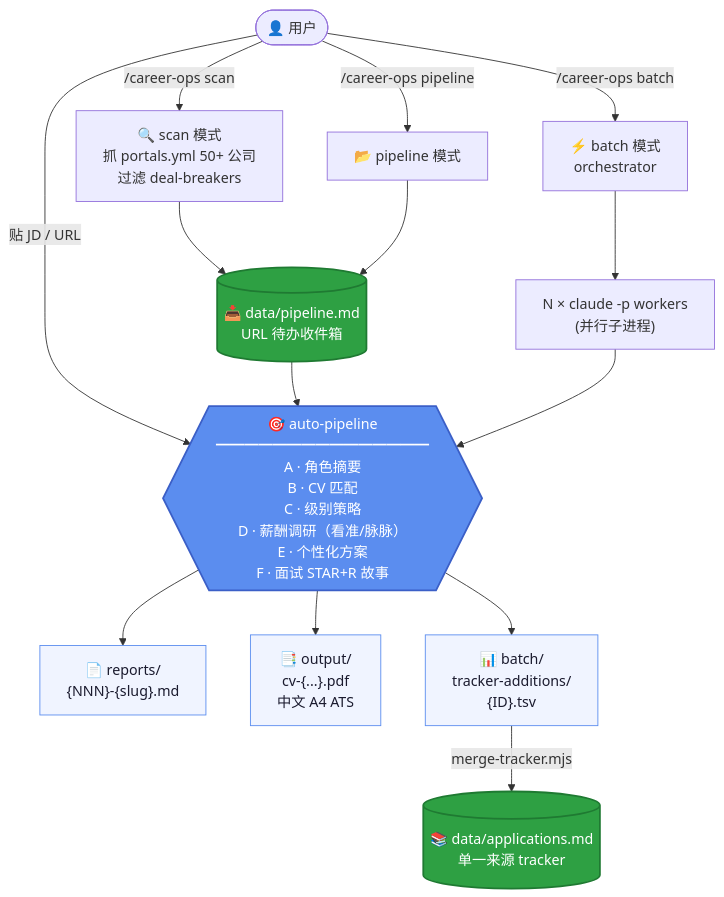
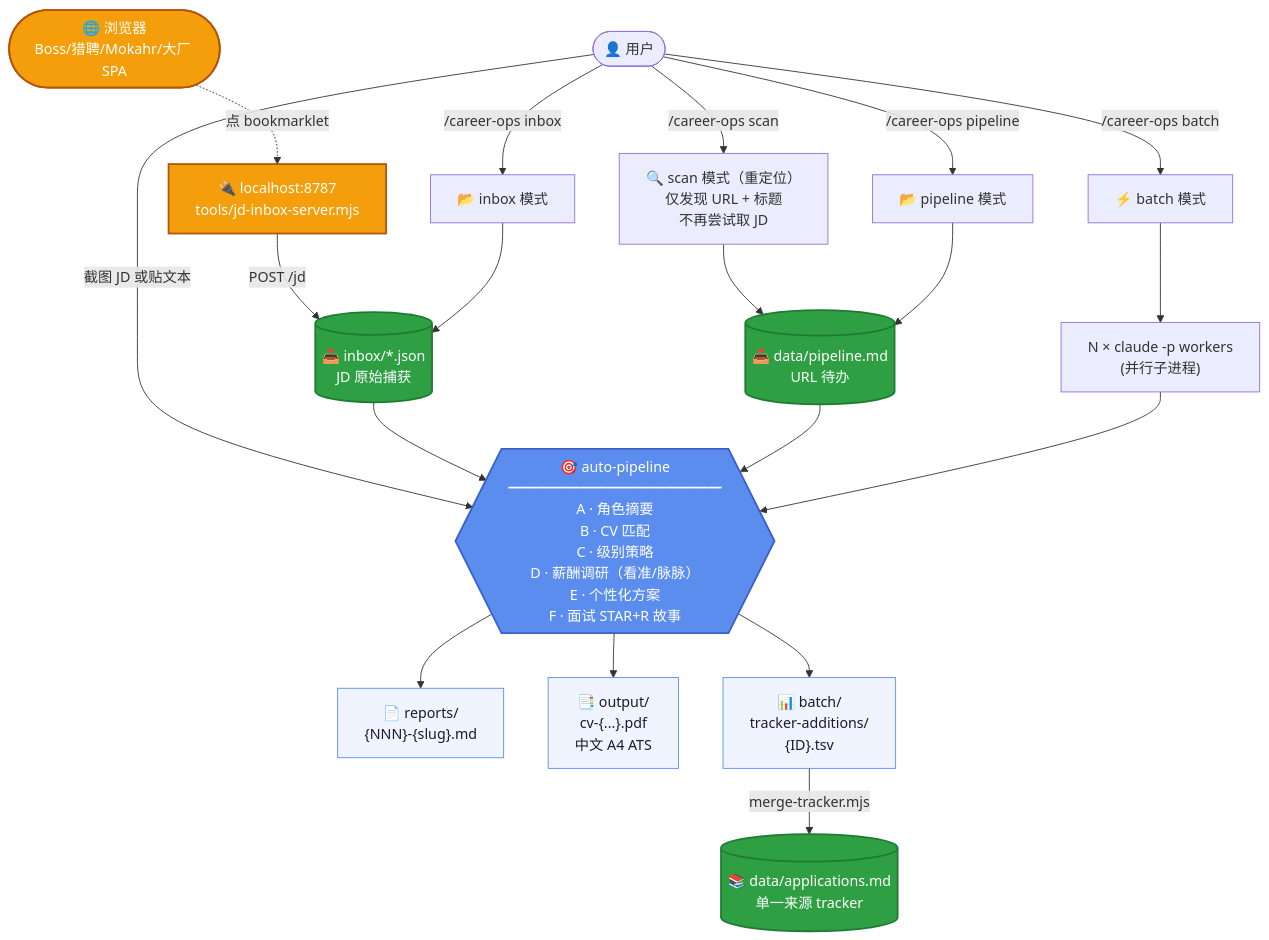
Before and after one commit to shuheng-mo/career-ops-china: the diagram in README.md, drawn with Mermaid. The commit also changed other lines of this file and 18 other files, not shown here.

First line of the commit message:
feat: add bookmarklets for job description capture and local server setup

````diff
--- a/README.md
+++ b/README.md
@@ -46,37 +47,49 @@
 ```mermaid
 flowchart TD
     User(["👤 用户"])
+    Browser(["🌐 浏览器<br/>Boss/猎聘/Mokahr/大厂 SPA"])
 
-    User -->|贴 JD / URL| AutoPipe
+    User -->|截图 JD 或贴文本| AutoPipe
     User -->|/career-ops scan| ScanMode
     User -->|/career-ops pipeline| ProcessInbox
     User -->|/career-ops batch| BatchMode
+    User -->|/career-ops inbox| InboxMode
 
-    ScanMode["🔍 scan 模式<br/>抓 portals.yml 50+ 公司<br/>过滤 deal-breakers"]
-    ScanMode --> Inbox
+    Browser -.->|点 bookmarklet| LocalServer
+    LocalServer["🔌 localhost:8787<br/>tools/jd-inbox-server.mjs"]
+    LocalServer -->|POST /jd| JDInbox
+    JDInbox[("📥 inbox/*.json<br/>JD 原始捕获")]
 
-    ProcessInbox["📂 pipeline 模式"] --> Inbox
-    Inbox[("📥 data/pipeline.md<br/>URL 待办收件箱")]
-    Inbox --> AutoPipe
+    InboxMode["📂 inbox 模式"] --> JDInbox
+    JDInbox --> AutoPipe
 
-    BatchMode["⚡ batch 模式<br/>orchestrator"] --> Workers
+    ScanMode["🔍 scan 模式（重定位）<br/>仅发现 URL + 标题<br/>不再尝试取 JD"]
+    ScanMode --> URLInbox
+
+    ProcessInbox["📂 pipeline 模式"] --> URLInbox
+    URLInbox[("📥 data/pipeline.md<br/>URL 待办")]
+    URLInbox --> AutoPipe
+
+    BatchMode["⚡ batch 模式"] --> Workers
     Workers["N × claude -p workers<br/>(并行子进程)"]
     Workers --> AutoPipe
 
     AutoPipe{{"🎯 auto-pipeline<br/>━━━━━━━━━━━━━━━<br/>A · 角色摘要<br/>B · CV 匹配<br/>C · 级别策略<br/>D · 薪酬调研（看准/脉脉）<br/>E · 个性化方案<br/>F · 面试 STAR+R 故事"}}
 
     AutoPipe --> Report["📄 reports/<br/>{NNN}-{slug}.md"]
     AutoPipe --> PDF["📑 output/<br/>cv-{...}.pdf<br/>中文 A4 ATS"]
     AutoPipe --> TSV["📊 batch/<br/>tracker-additions/<br/>{ID}.tsv"]
 
     TSV -->|"merge-tracker.mjs"| Apps
 
     Apps[("📚 data/applications.md<br/>单一来源 tracker")]
 
     classDef hot fill:#5b8def,stroke:#3b5fc7,color:#fff,stroke-width:2px
     classDef store fill:#2ea043,stroke:#1f7a32,color:#fff,stroke-width:2px
     classDef output fill:#f0f4ff,stroke:#5b8def,color:#1a1a2e
+    classDef bridge fill:#f59e0b,stroke:#b45309,color:#fff,stroke-width:2px
     class AutoPipe hot
-    class Apps,Inbox store
+    class Apps,JDInbox,URLInbox store
     class Report,PDF,TSV output
+    class LocalServer,Browser bridge
 ```
````
